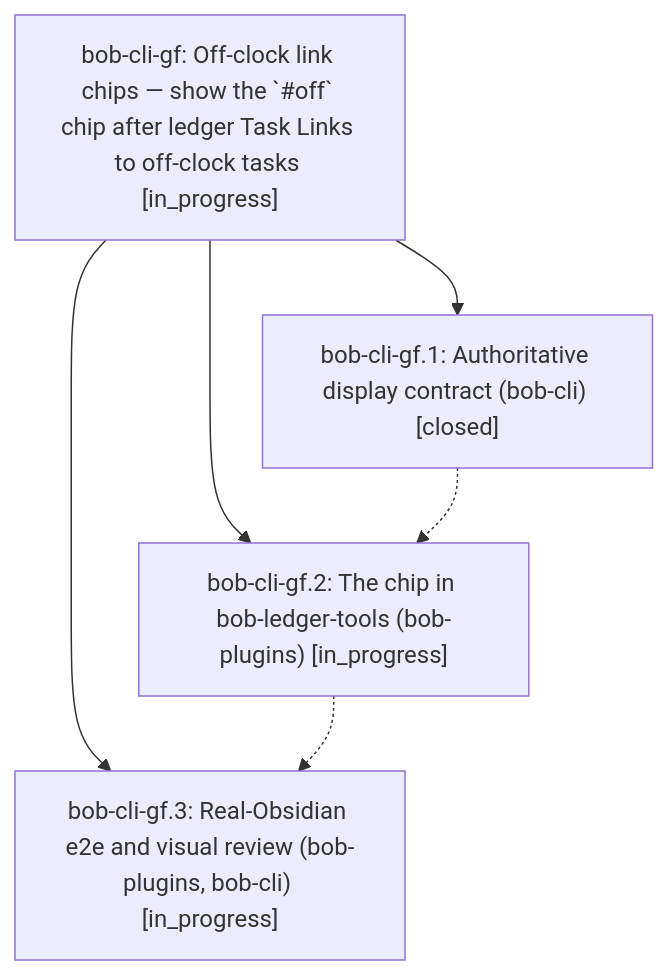
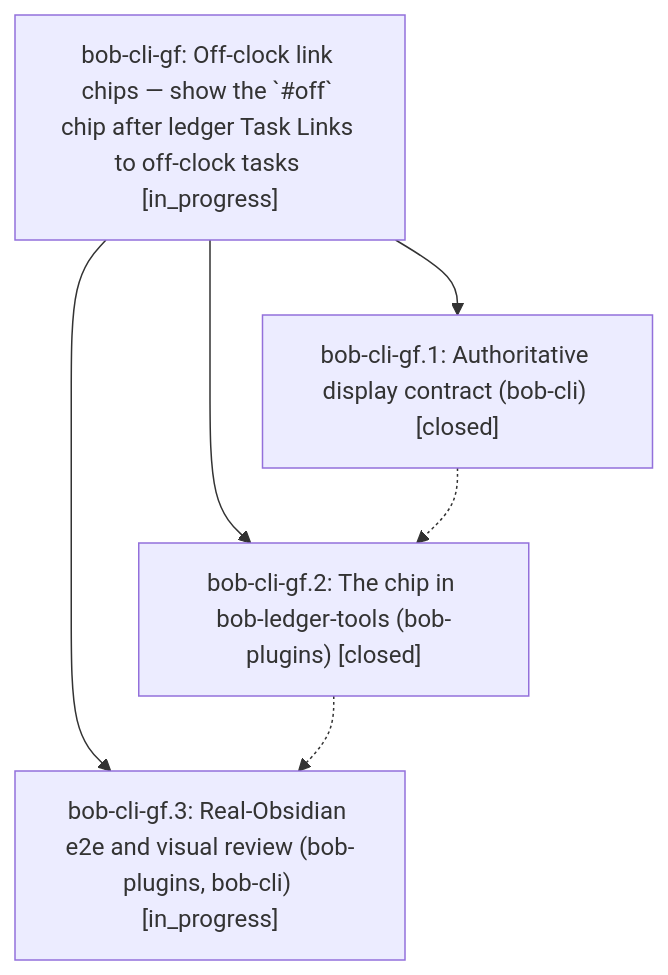
One commit to bobs-org/bob-cli--beads changed the diagram in pages/bob-cli-gf/README.md. Above: the diagram before and after it, drawn with Mermaid. The commit also changed other lines of this file and 3 other files, not shown here.

First line of the commit message:
chore(beads): sync bead state and pages for bob-cli-gf

````diff
--- a/pages/bob-cli-gf/README.md
+++ b/pages/bob-cli-gf/README.md
@@ -24,12 +56,12 @@
 ```mermaid
 flowchart TD
     n0["bob-cli-gf: Off-clock link chips — show the `#off` chip after ledger Task Links to off-clock tasks [in_progress]"]
     n1["bob-cli-gf.1: Authoritative display contract (bob-cli) [closed]"]
-    n2["bob-cli-gf.2: The chip in bob-ledger-tools (bob-plugins) [in_progress]"]
+    n2["bob-cli-gf.2: The chip in bob-ledger-tools (bob-plugins) [closed]"]
     n3["bob-cli-gf.3: Real-Obsidian e2e and visual review (bob-plugins, bob-cli) [in_progress]"]
     n0 --> n1
     n0 --> n2
     n0 --> n3
     n1 -.-> n2
     n2 -.-> n3
 ```
````
